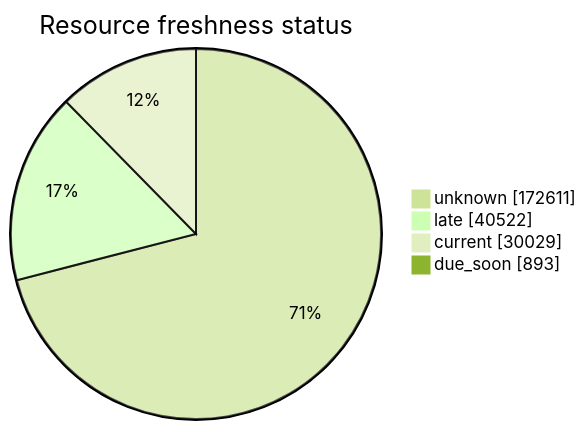
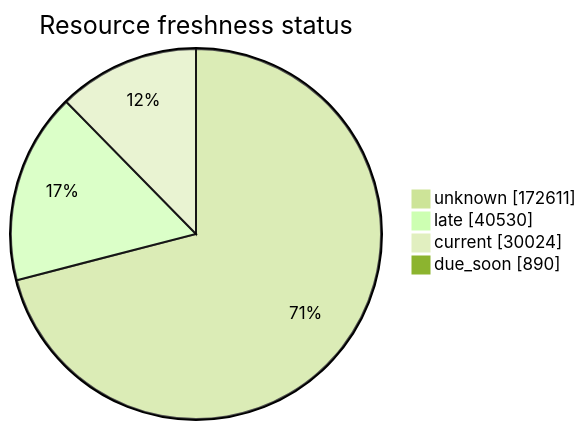
Before and after one commit to open-data/analytics-corporate-reporting: the third of 5 diagrams in FreshCheck/README.md, drawn with Mermaid (forest theme). The commit also changed other lines of this file and 3 other files, not shown here.

````diff
--- a/FreshCheck/README.md
+++ b/FreshCheck/README.md
@@ -78,7 +78,7 @@
 ```mermaid
 pie showData title Resource freshness status
     "unknown": 172611
-    "late": 40522
-    "current": 30029
-    "due_soon": 893
+    "late": 40530
+    "current": 30024
+    "due_soon": 890
 ```
````
